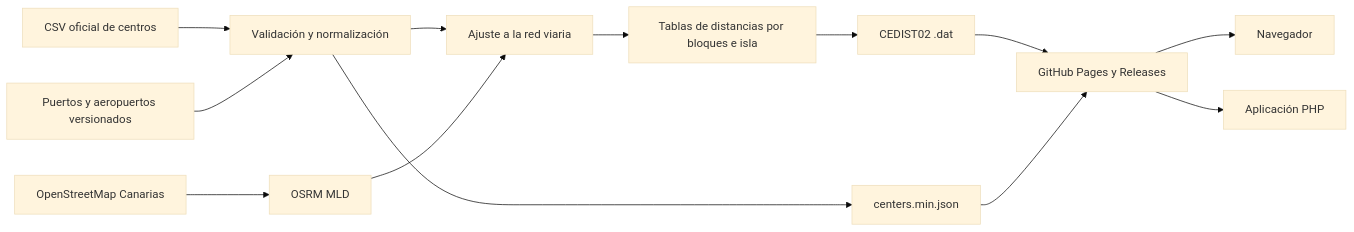
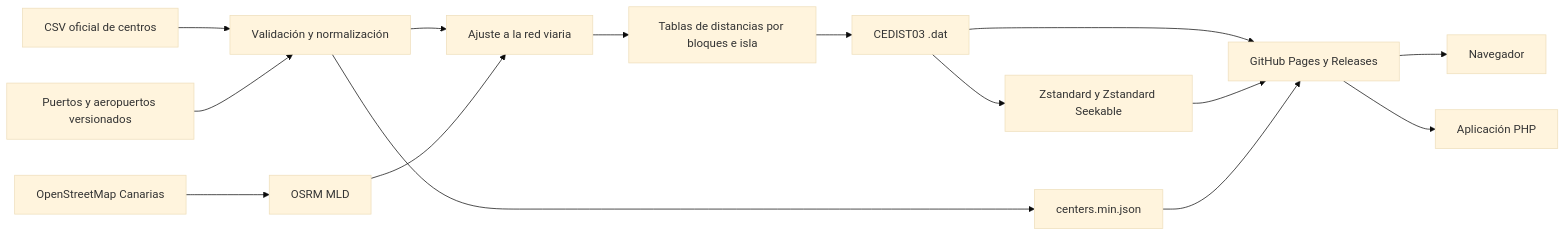
The diagram in docs/architecture.md (ateeducacion/distancias_centros_educativos_canarias), drawn with Mermaid (base theme) before and after one commit. The commit also changed other lines of this file and 13 other files, not shown here.

````diff
--- a/docs/architecture.md
+++ b/docs/architecture.md
@@ -5,15 +5,17 @@
 ```mermaid
 flowchart LR
     A[CSV oficial de centros] --> C[Validación y normalización]
     B[Puertos y aeropuertos versionados] --> C
     D[OpenStreetMap Canarias] --> E[OSRM MLD]
     C --> F[Ajuste a la red viaria]
     E --> F
     F --> G[Tablas de distancias por bloques e isla]
-    G --> H[CEDIST02 .dat]
+    G --> H[CEDIST03 .dat]
+    H --> Z[Zstandard y Zstandard Seekable]
     C --> I[centers.min.json]
     H --> J[GitHub Pages y Releases]
+    Z --> J
     I --> J
     J --> K[Navegador]
     J --> L[Aplicación PHP]
 ```
````
